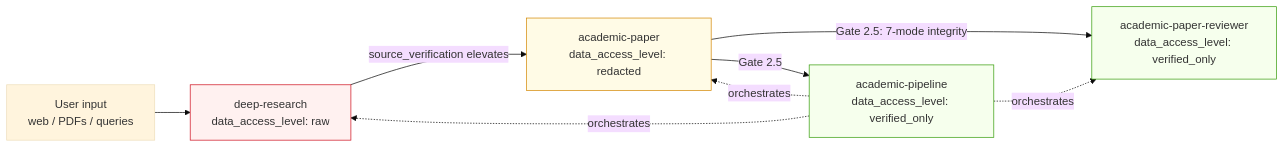
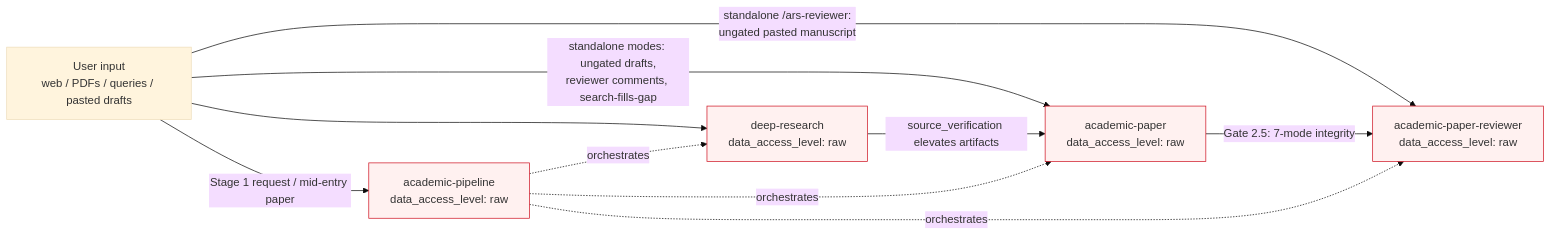
Before and after one commit to zhangyang-crazy-one/academic-research-workbench: the second of 5 diagrams in skills/academic-research-suite/ars/docs/ARCHITECTURE.md, drawn with Mermaid (base theme). The commit also changed other lines of this file and 553 other files, not shown here.

````diff
--- a/skills/academic-research-suite/ars/docs/ARCHITECTURE.md
+++ b/skills/academic-research-suite/ars/docs/ARCHITECTURE.md
@@ -115,23 +116,21 @@
 ```mermaid
 flowchart LR
-    User[User input<br/>web / PDFs / queries]
+    User[User input<br/>web / PDFs / queries / pasted drafts]
     Raw[deep-research<br/>data_access_level: raw]
-    Red[academic-paper<br/>data_access_level: redacted]
-    Ver1[academic-paper-reviewer<br/>data_access_level: verified_only]
-    Ver2[academic-pipeline<br/>data_access_level: verified_only]
+    Red[academic-paper<br/>data_access_level: raw]
+    Ver1[academic-paper-reviewer<br/>data_access_level: raw]
+    Orch[academic-pipeline<br/>data_access_level: raw]
 
     User --> Raw
-    Raw -- source_verification elevates --> Red
+    User -- standalone modes: ungated drafts,<br/>reviewer comments, search-fills-gap --> Red
+    User -- standalone /ars-reviewer:<br/>ungated pasted manuscript --> Ver1
+    User -- Stage 1 request / mid-entry paper --> Orch
+    Raw -- source_verification elevates artifacts --> Red
     Red -- Gate 2.5: 7-mode integrity --> Ver1
-    Red -- Gate 2.5 --> Ver2
-    Ver2 -. orchestrates .-> Raw
-    Ver2 -. orchestrates .-> Red
-    Ver2 -. orchestrates .-> Ver1
+    Orch -. orchestrates .-> Raw
+    Orch -. orchestrates .-> Red
+    Orch -. orchestrates .-> Ver1
 
     classDef raw fill:#fff1f0,stroke:#cf1322
-    classDef red fill:#fffbe6,stroke:#d48806
-    classDef ver fill:#f6ffed,stroke:#389e0d
-    class Raw raw
-    class Red red
-    class Ver1,Ver2 ver
+    class Raw,Red,Ver1,Orch raw
 ```
````
